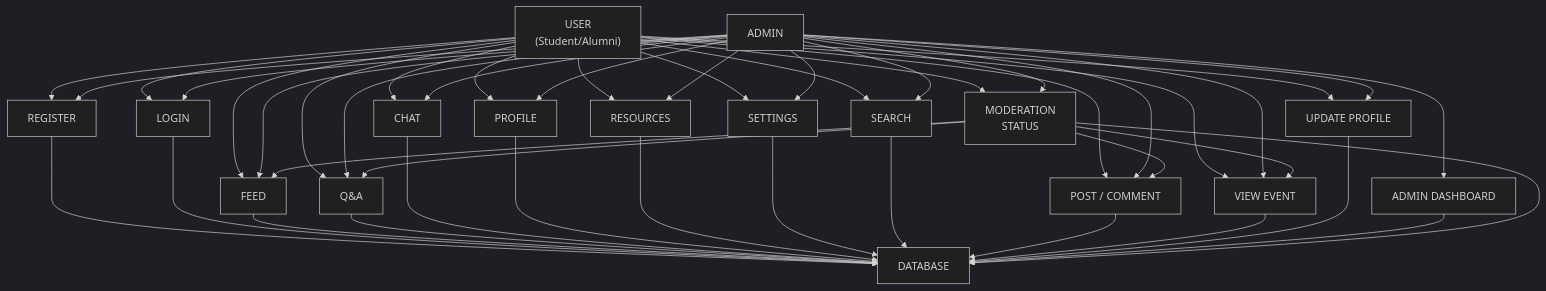
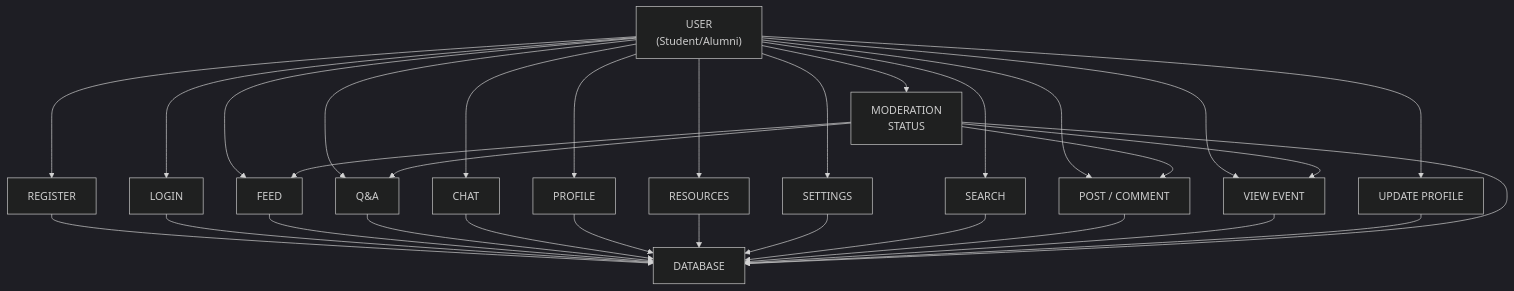
Before and after one commit to HackyCoder0951/focus-hub-design-899f45ae: the first of 2 diagrams in modules_documentation/Methodology.md, drawn with Mermaid (dark theme). The commit also changed other lines of this file, not shown here.

First line of the commit message:
Refactor Methodology documentation to improve user flow representation

````diff
--- a/modules_documentation/Methodology.md
+++ b/modules_documentation/Methodology.md
@@ -1,80 +1,58 @@
 ```mermaid
+flowchart TD
+    %% Actor
+    User["USER<br/>(Student/Alumni)"]
 
-flowchart TD
-    %% Actors
-    User["USER<br/>(Student/Alumni)"]
-    Admin["ADMIN"]
-
-    %% Processes (Modules/Pages/Features)
+    %% User Processes
     Register["REGISTER"]
     Login["LOGIN"]
     Feed["FEED"]
     QandA["Q&A"]
     Chat["CHAT"]
     Profile["PROFILE"]
     Resources["RESOURCES"]
     Settings["SETTINGS"]
     Search["SEARCH"]
     PostComment["POST / COMMENT"]
     ViewEvent["VIEW EVENT"]
     UpdateProfile["UPDATE PROFILE"]
-    AdminDashboard["ADMIN DASHBOARD"]
     Moderation["MODERATION<br/>STATUS"]
 
     %% Data Store
     Database["DATABASE"]
 
-    %% User Flows
+    %% Flows
     User --> Register
     User --> Login
     User --> Feed
     User --> QandA
     User --> Chat
     User --> Profile
     User --> Resources
     User --> Settings
     User --> Search
     User --> PostComment
     User --> ViewEvent
     User --> UpdateProfile
     User --> Moderation
 
-    %% Admin Flows
-    Admin --> Register
-    Admin --> Login
-    Admin --> Feed
-    Admin --> QandA
-    Admin --> Chat
-    Admin --> Profile
-    Admin --> Resources
-    Admin --> Settings
-    Admin --> Search
-    Admin --> PostComment
-    Admin --> ViewEvent
-    Admin --> UpdateProfile
-    Admin --> AdminDashboard
-    Admin --> Moderation
-
-    %% Process to Database
     Register --> Database
     Login --> Database
     Feed --> Database
     QandA --> Database
     Chat --> Database
     Profile --> Database
     Resources --> Database
     Settings --> Database
     Search --> Database
     PostComment --> Database
     ViewEvent --> Database
     UpdateProfile --> Database
-    AdminDashboard --> Database
     Moderation --> Database
 
-    %% Moderation Feedback
     Moderation --> PostComment
     Moderation --> Feed
     Moderation --> QandA
     Moderation --> ViewEvent
 
 ```
````
